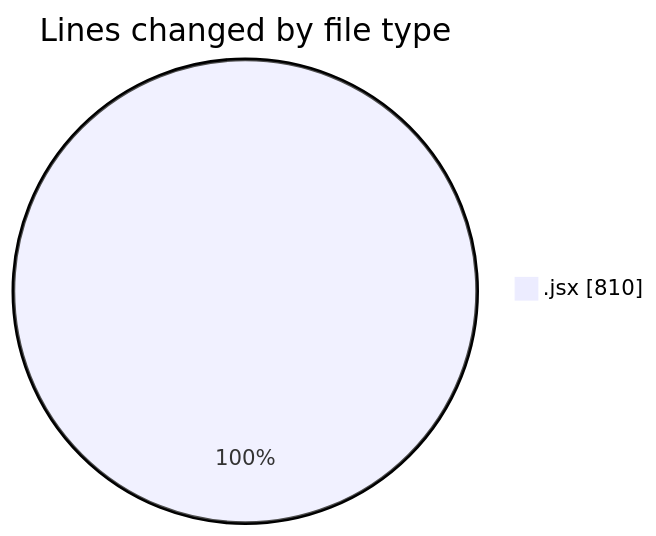
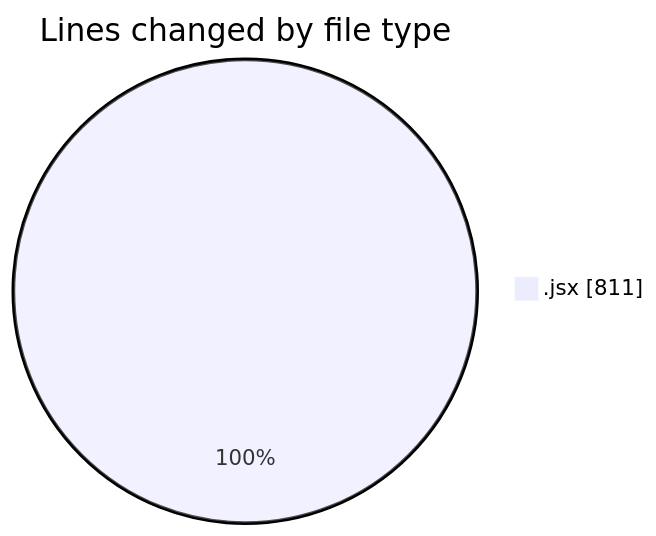
Before and after one commit to nxtqubesakshisongat/code-tracking: the first of 2 diagrams in 2025-06-03/nxtqube_webapp/README.md, drawn with Mermaid. The commit also changed other lines of this file and 1 other file, not shown here.

````diff
--- a/2025-06-03/nxtqube_webapp/README.md
+++ b/2025-06-03/nxtqube_webapp/README.md
@@ -20,5 +20,5 @@
 ```mermaid
 pie showData
 title Lines changed by file type
-".jsx" : 810
+".jsx" : 811
 ```
````
